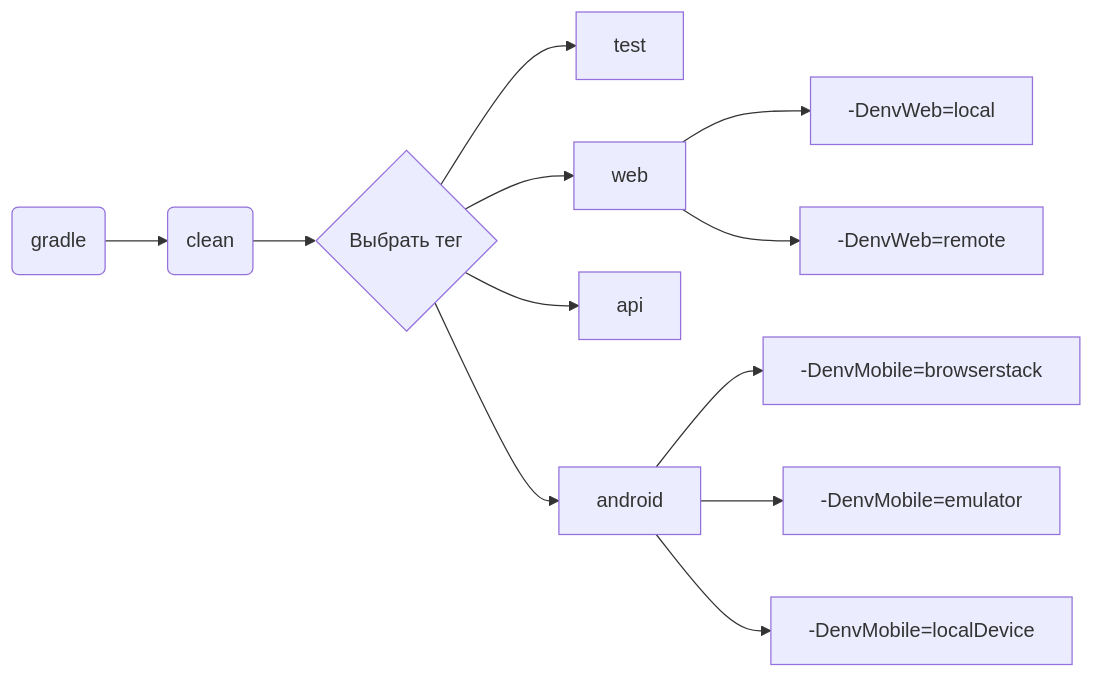
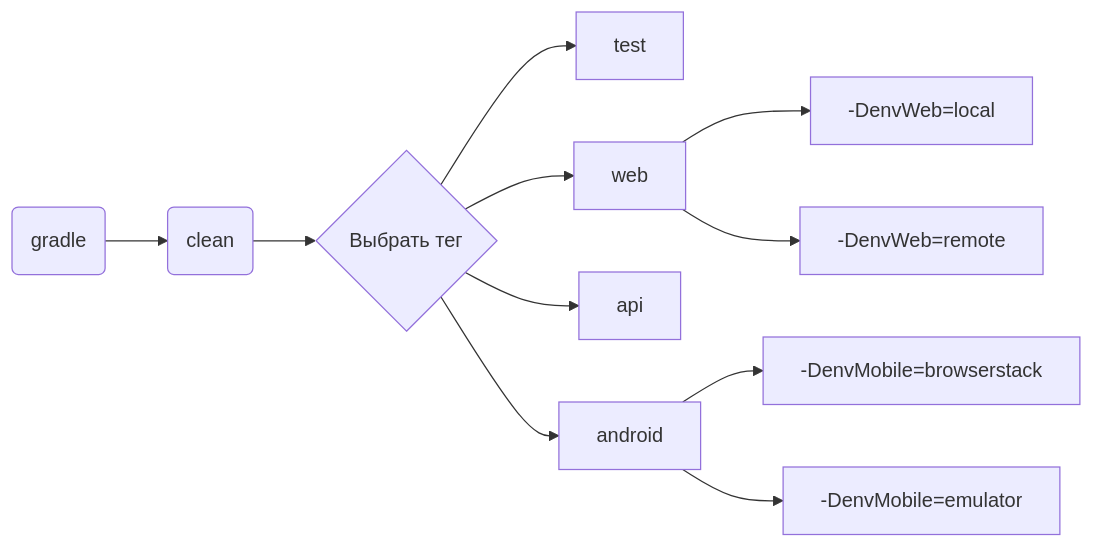
One commit to RON1X/webinar-tests changed the diagram in README.md. Above: the diagram before and after it, drawn with Mermaid.

````diff
--- a/README.md
+++ b/README.md
@@ -70,14 +70,13 @@
 ```mermaid 
 flowchart LR
     A(gradle) --> B(clean)
     B --> C{Выбрать тег}
     C --> D[test]
     C --> E[web]
     C --> F[api]
     C --> G[android]
     E --> H[-DenvWeb=local]
     E --> I[-DenvWeb=remote]
     G --> J[-DenvMobile=browserstack]
     G --> K[-DenvMobile=emulator]
-    G --> L[-DenvMobile=localDevice]
 ```
````
